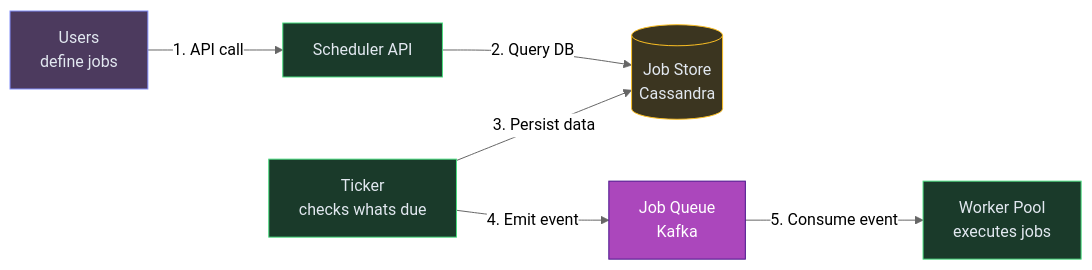
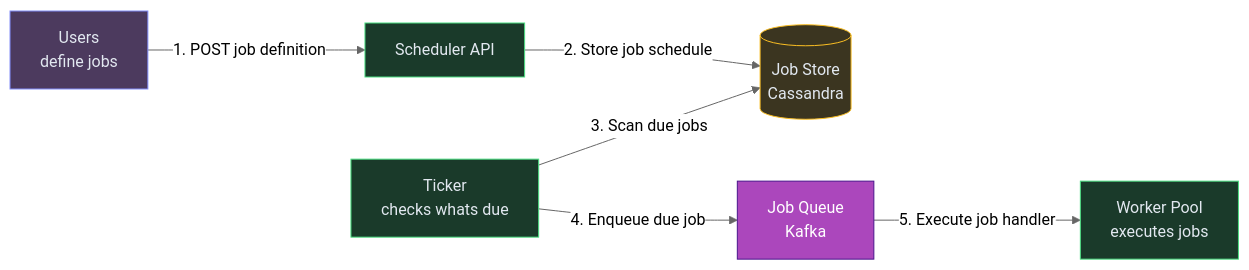
Before and after one commit to iluzn/HLD-Designs: the first of 11 diagrams in content/hld/JobScheduler.md, drawn with Mermaid (neutral theme). The commit also changed other lines of this file and 27 other files, not shown here.

````diff
--- a/content/hld/JobScheduler.md
+++ b/content/hld/JobScheduler.md
@@ -19,20 +19,20 @@
 ```mermaid
 flowchart LR
     USER["Users<br/>define jobs"]:::client
     API["Scheduler API"]:::service
     DB[("Job Store<br/>Cassandra")]:::data
     TICKER["Ticker<br/>checks whats due"]:::service
     QUEUE["Job Queue<br/>Kafka"]:::async
     WORKERS["Worker Pool<br/>executes jobs"]:::service
 
-    USER -->|"1. API call"| API
-    API -->|"2. Query DB"| DB
-    TICKER -->|"3. Persist data"| DB
-    TICKER -->|"4. Emit event"| QUEUE
-    QUEUE -->|"5. Consume event"| WORKERS
+    USER -->|"1. POST job definition"| API
+    API -->|"2. Store job schedule"| DB
+    TICKER -->|"3. Scan due jobs"| DB
+    TICKER -->|"4. Enqueue due job"| QUEUE
+    QUEUE -->|"5. Execute job handler"| WORKERS
 
     classDef client fill:#4c3a5e,stroke:#818cf8,color:#e2e8f0
     classDef service fill:#1a3a2a,stroke:#4ade80,color:#e2e8f0
     classDef async fill:#AB47BC,stroke:#4A148C,color:#fff
     classDef data fill:#3b3520,stroke:#fbbf24,color:#e2e8f0
 ```
````
